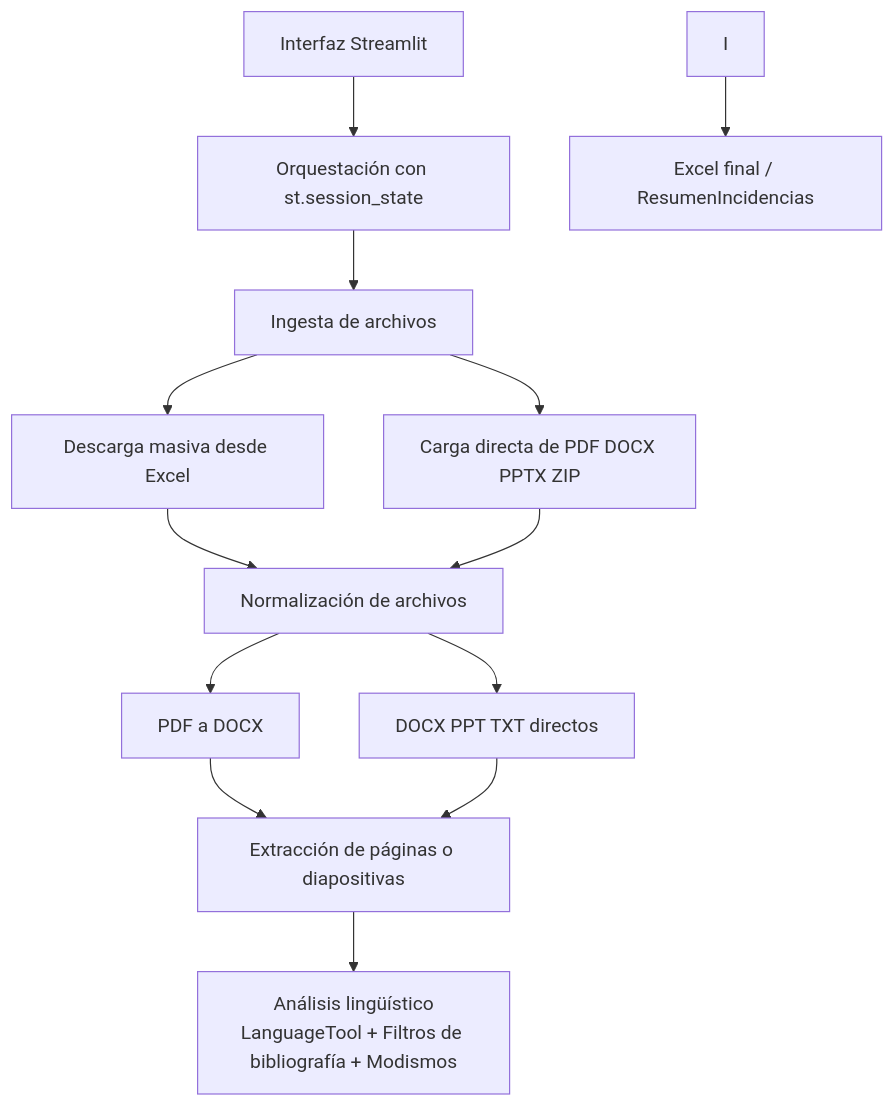
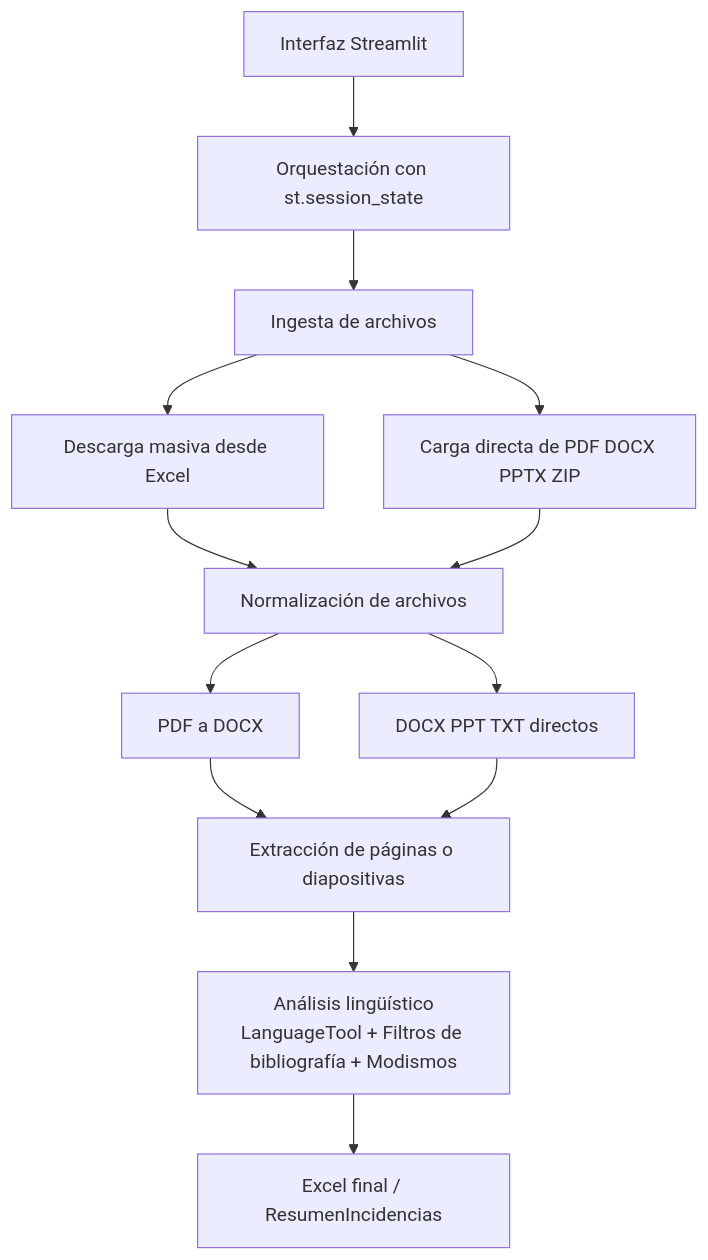
Before and after one commit to joseluisantunezcondezo/UTP_GrammarScan: the diagram in README.md, drawn with Mermaid.

Commit message:
README.md

````diff
--- a/README.md
+++ b/README.md
@@ -140,16 +140,16 @@
 ```mermaid
 flowchart TD
     A[Interfaz Streamlit] --> B[Orquestación con st.session_state]
     B --> C[Ingesta de archivos]
     C --> D1[Descarga masiva desde Excel]
     C --> D2[Carga directa de PDF DOCX PPTX ZIP]
     D1 --> E[Normalización de archivos]
     D2 --> E
     E --> F1[PDF a DOCX]
     E --> F2[DOCX PPT TXT  directos]
     F1 --> G[Extracción de páginas o diapositivas]
     F2 --> G
     G --> H[Análisis lingüístico
 LanguageTool + Filtros de bibliografía + Modismos]
-    I --> J[Excel final / ResumenIncidencias]
+    H --> J[Excel final / ResumenIncidencias]
 ```
````
